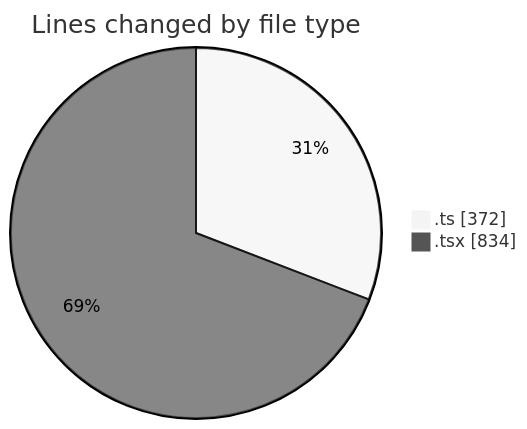
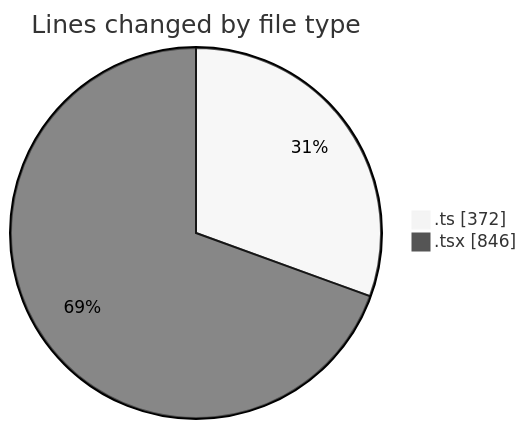
The first of 2 diagrams in 2025-02-25/mbc-web/README.md (robertbonfada/code-tracking), drawn with Mermaid (neutral theme) before and after one commit. The commit also changed other lines of this file and 1 other file, not shown here.

````diff
--- a/2025-02-25/mbc-web/README.md
+++ b/2025-02-25/mbc-web/README.md
@@ -23,6 +24,6 @@
 ```mermaid
 pie showData
 title Lines changed by file type
 ".ts" : 372
-".tsx" : 834
+".tsx" : 846
 ```
````
